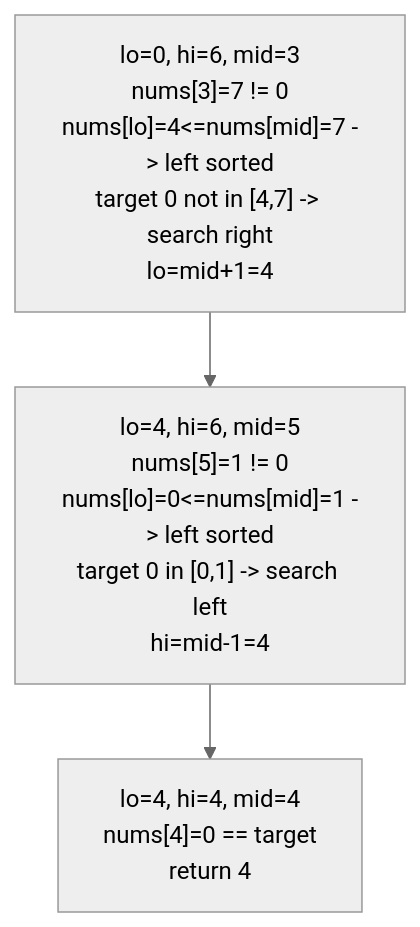
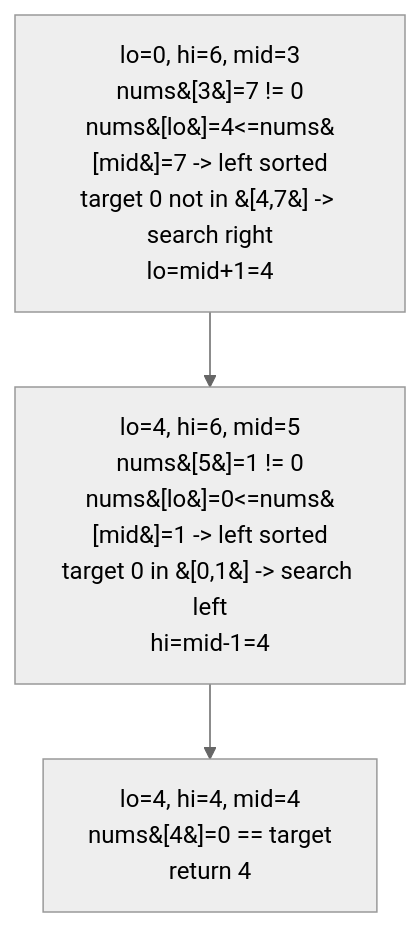
One commit to Aryan-Jadon18/dsa-placement-prep changed the diagram in topics/05-binary-search/04-search-in-rotated-sorted-array/README.md. Above: the diagram before and after it, drawn with Mermaid (neutral theme). The commit also changed 52 other files, not shown here.

First line of the commit message:
Fix Mermaid diagrams not rendering on GitHub

````diff
--- a/topics/05-binary-search/04-search-in-rotated-sorted-array/README.md
+++ b/topics/05-binary-search/04-search-in-rotated-sorted-array/README.md
@@ -48,5 +48,5 @@
 ```mermaid
 flowchart TD
-    A["lo=0, hi=6, mid=3<br/>nums[3]=7 != 0<br/>nums[lo]=4<=nums[mid]=7 -> left sorted<br/>target 0 not in [4,7] -> search right<br/>lo=mid+1=4"] --> B["lo=4, hi=6, mid=5<br/>nums[5]=1 != 0<br/>nums[lo]=0<=nums[mid]=1 -> left sorted<br/>target 0 in [0,1] -> search left<br/>hi=mid-1=4"]
-    B --> C["lo=4, hi=4, mid=4<br/>nums[4]=0 == target<br/>return 4"]
+    A["lo=0, hi=6, mid=3<br/>nums&#91;3&#93;=7 != 0<br/>nums&#91;lo&#93;=4<=nums&#91;mid&#93;=7 -> left sorted<br/>target 0 not in &#91;4,7&#93; -> search right<br/>lo=mid+1=4"] --> B["lo=4, hi=6, mid=5<br/>nums&#91;5&#93;=1 != 0<br/>nums&#91;lo&#93;=0<=nums&#91;mid&#93;=1 -> left sorted<br/>target 0 in &#91;0,1&#93; -> search left<br/>hi=mid-1=4"]
+    B --> C["lo=4, hi=4, mid=4<br/>nums&#91;4&#93;=0 == target<br/>return 4"]
 ```
````
